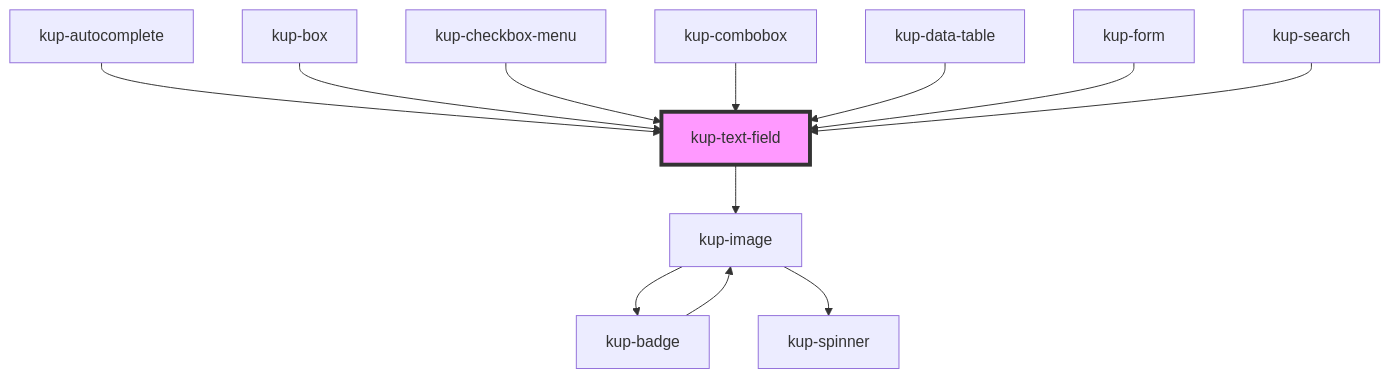
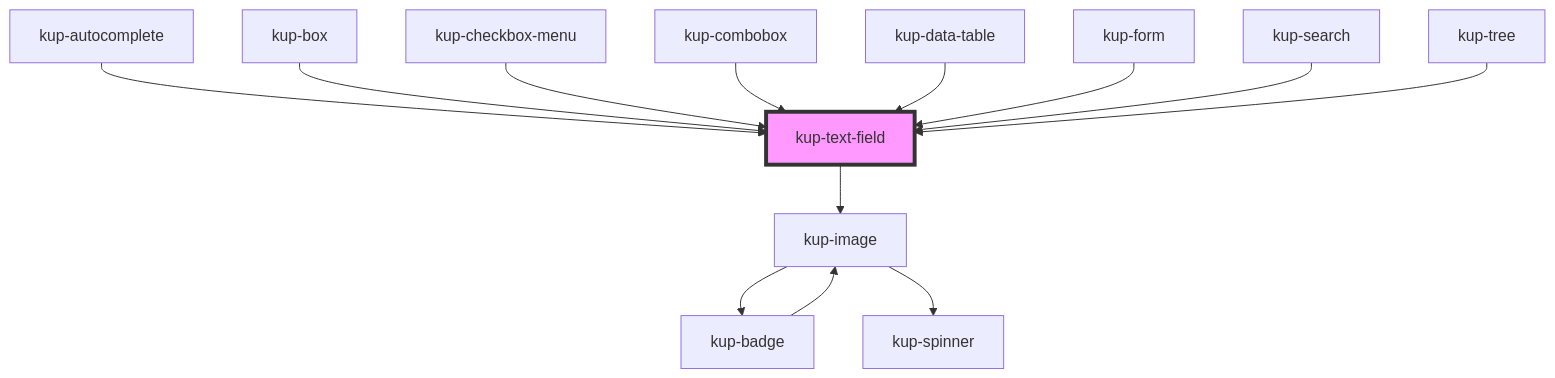
One commit to smeup/ketchup changed the diagram in packages/ketchup/src/components/kup-text-field/readme.md. Above: the diagram before and after it, drawn with Mermaid. The commit also changed other lines of this file and 2 other files, not shown here.

Commit message:
Readmes renewal.

````diff
--- a/packages/ketchup/src/components/kup-text-field/readme.md
+++ b/packages/ketchup/src/components/kup-text-field/readme.md
@@ -77,15 +78,16 @@
 ```mermaid
 graph TD;
   kup-text-field --> kup-image
   kup-image --> kup-badge
   kup-image --> kup-spinner
   kup-badge --> kup-image
   kup-autocomplete --> kup-text-field
   kup-box --> kup-text-field
   kup-checkbox-menu --> kup-text-field
   kup-combobox --> kup-text-field
   kup-data-table --> kup-text-field
   kup-form --> kup-text-field
   kup-search --> kup-text-field
+  kup-tree --> kup-text-field
   style kup-text-field fill:#f9f,stroke:#333,stroke-width:4px
 ```
````
